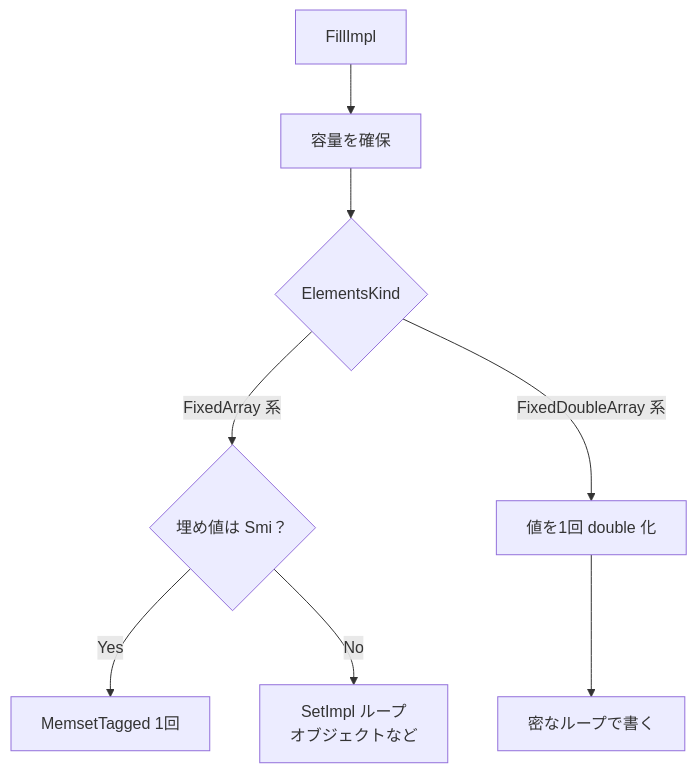
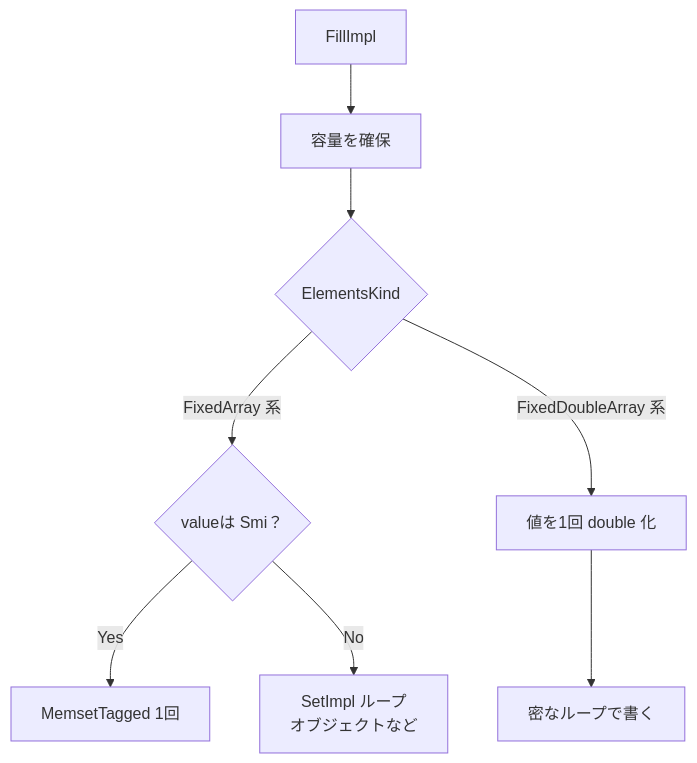
The third of 3 diagrams in articles/5b8edc7856c25b.md (riya-amemiya/amemiya_riya_zenn_data), drawn with Mermaid before and after one commit. The commit also changed other lines of this file and 1 other file, not shown here.

````diff
--- a/articles/5b8edc7856c25b.md
+++ b/articles/5b8edc7856c25b.md
@@ -210,10 +208,10 @@
 ```mermaid
 flowchart TD
     A["FillImpl"] --> B["容量を確保"]
     B --> C{"ElementsKind"}
-    C -- "FixedArray 系" --> D{"埋め値は Smi？"}
+    C -- "FixedArray 系" --> D{"valueは Smi？"}
     D -- Yes --> E["MemsetTagged 1回"]
     D -- No --> F["SetImpl ループ<br>オブジェクトなど"]
     C -- "FixedDoubleArray 系" --> G["値を1回 double 化"]
     G --> H["密なループで書く"]
 ```
````
